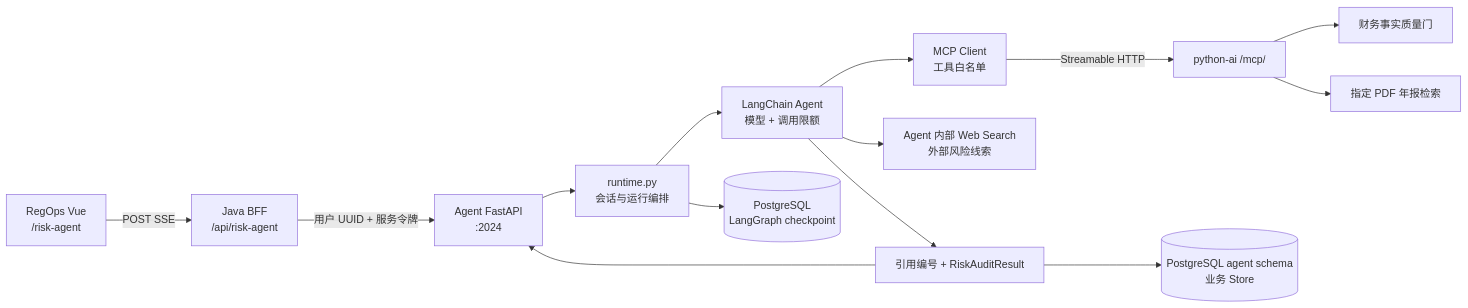
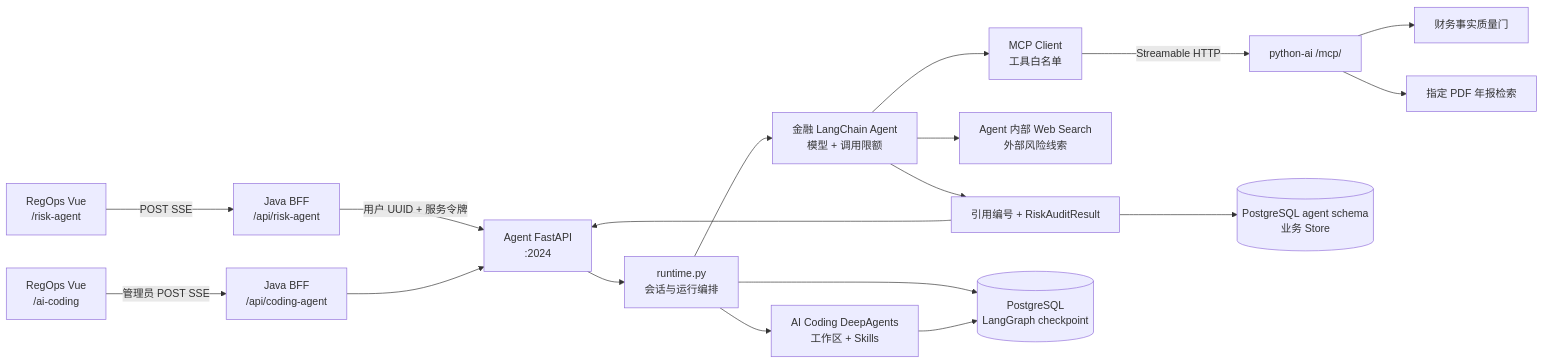
The diagram in financial-risk-audit-assistant/README.md (WWBQ/regops_copilot), drawn with Mermaid before and after one commit. The commit also changed other lines of this file and 46 other files, not shown here.

First line of the commit message:
feat: add admin AI Coding beside the read-only financial agent

````diff
--- a/financial-risk-audit-assistant/README.md
+++ b/financial-risk-audit-assistant/README.md
@@ -36,16 +38,20 @@
 ```mermaid
 flowchart LR
     WEB[RegOps Vue<br/>/risk-agent] -->|POST SSE| JAVA[Java BFF<br/>/api/risk-agent]
+    CODING_WEB[RegOps Vue<br/>/ai-coding] -->|管理员 POST SSE| CODING_JAVA[Java BFF<br/>/api/coding-agent]
     JAVA -->|用户 UUID + 服务令牌| API[Agent FastAPI<br/>:2024]
+    CODING_JAVA --> API
     API --> RUNTIME[runtime.py<br/>会话与运行编排]
-    RUNTIME --> GRAPH[LangChain Agent<br/>模型 + 调用限额]
+    RUNTIME --> GRAPH[金融 LangChain Agent<br/>模型 + 调用限额]
+    RUNTIME --> CODING_GRAPH[AI Coding DeepAgents<br/>工作区 + Skills]
     GRAPH --> CLIENT[MCP Client<br/>工具白名单]
     GRAPH --> WEBSEARCH[Agent 内部 Web Search<br/>外部风险线索]
     CLIENT -->|Streamable HTTP| MCP[python-ai /mcp/]
     MCP --> FACTS[财务事实质量门]
     MCP --> RAG[指定 PDF 年报检索]
     GRAPH --> RESULT[引用编号 + RiskAuditResult]
     RUNTIME --> CP[(PostgreSQL<br/>LangGraph checkpoint)]
+    CODING_GRAPH --> CP
     RESULT --> STORE[(PostgreSQL agent schema<br/>业务 Store)]
     RESULT --> API
 ```
````
